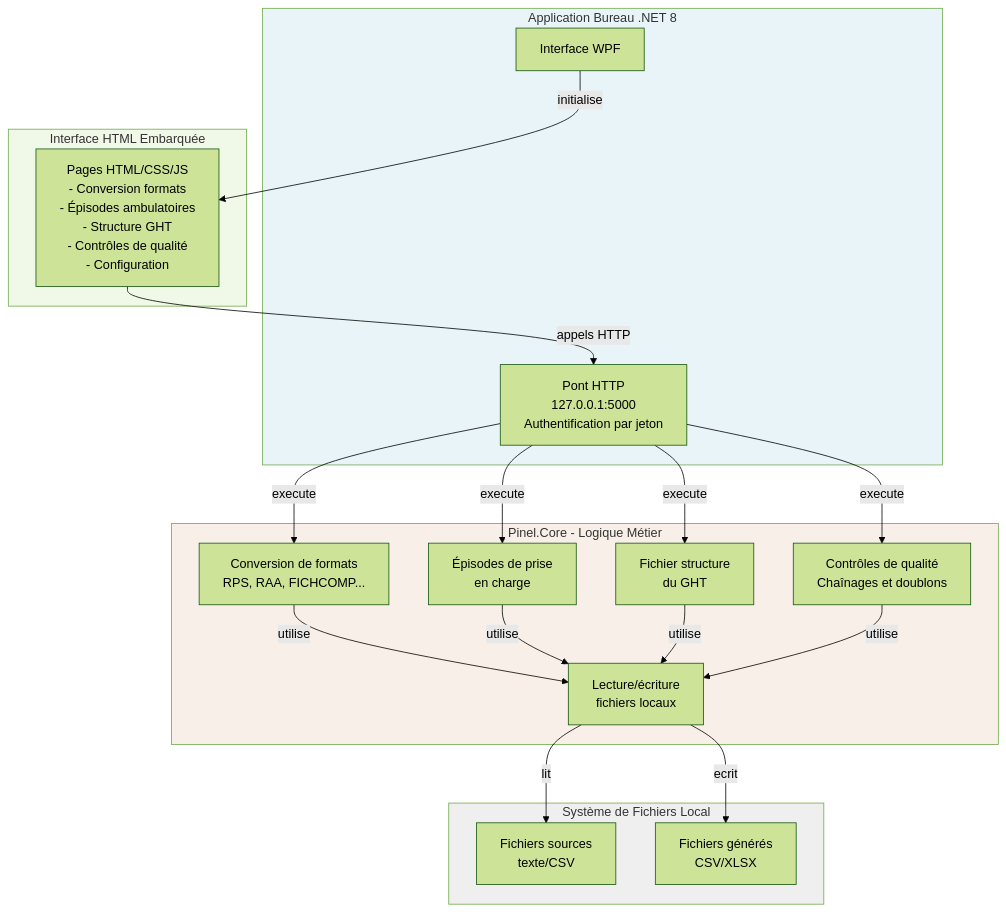
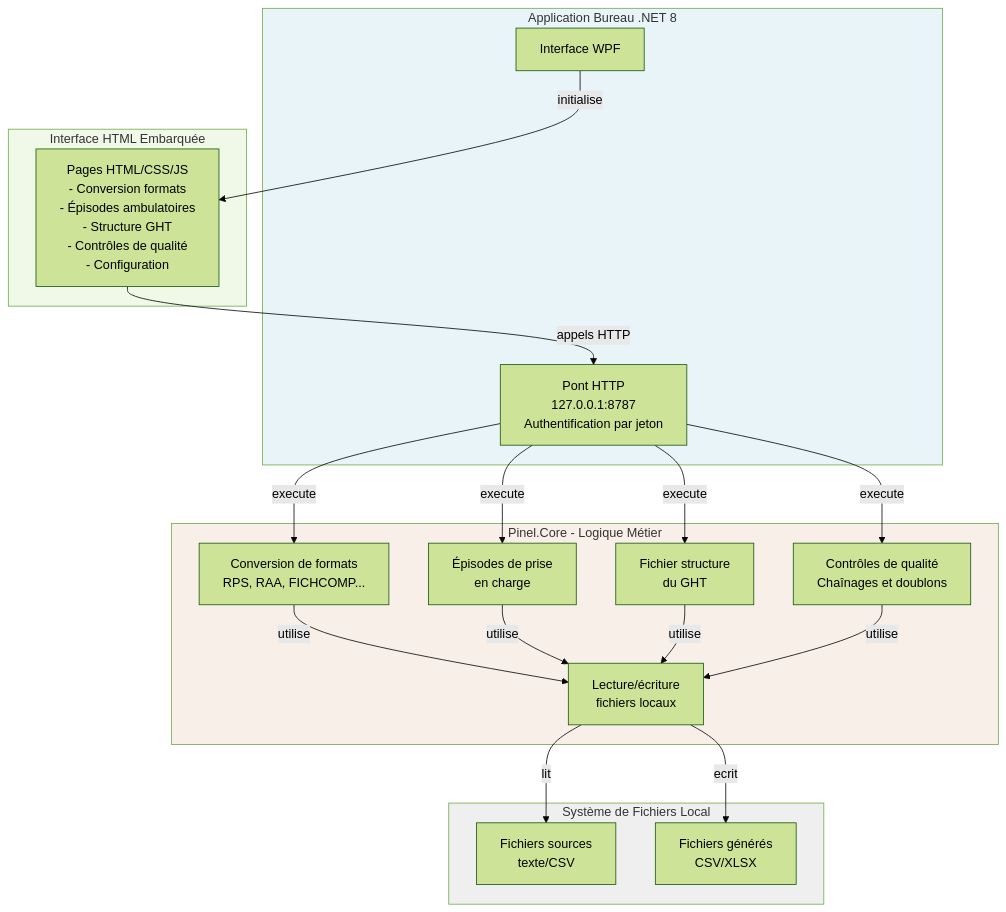
The diagram in README.md (Adam-Blf/Projet-Pinel), drawn with Mermaid (forest theme) before and after one commit. The commit also changed 65 other files, not shown here.

````diff
--- a/README.md
+++ b/README.md
@@ -13,42 +13,42 @@
 ```mermaid
 graph TB
     subgraph Desktop["Application Bureau .NET 8"]
         WPF["Interface WPF"]
-        Bridge["Pont HTTP<br/>127.0.0.1:5000<br/>Authentification par jeton"]
+        Bridge["Pont HTTP<br/>127.0.0.1:8787<br/>Authentification par jeton"]
     end
 
     subgraph Web["Interface HTML Embarquée"]
         UI["Pages HTML/CSS/JS<br/>- Conversion formats<br/>- Épisodes ambulatoires<br/>- Structure GHT<br/>- Contrôles de qualité<br/>- Configuration"]
     end
 
     subgraph Core["Pinel.Core - Logique Métier"]
         Format["Conversion de formats<br/>RPS, RAA, FICHCOMP..."]
         Episode["Épisodes de prise<br/>en charge"]
         Structure["Fichier structure<br/>du GHT"]
         Quality["Contrôles de qualité<br/>Chaînages et doublons"]
         IO["Lecture/écriture<br/>fichiers locaux"]
     end
 
     subgraph Local["Système de Fichiers Local"]
         Input["Fichiers sources<br/>texte/CSV"]
         Output["Fichiers générés<br/>CSV/XLSX"]
     end
 
     WPF -->|initialise| UI
     UI -->|appels HTTP| Bridge
     Bridge -->|execute| Format
     Bridge -->|execute| Episode
     Bridge -->|execute| Structure
     Bridge -->|execute| Quality
     Format -->|utilise| IO
     Episode -->|utilise| IO
     Structure -->|utilise| IO
     Quality -->|utilise| IO
     IO -->|lit| Input
     IO -->|ecrit| Output
 
     style Desktop fill:#e8f4f8
     style Web fill:#f0f8e8
     style Core fill:#f8f0e8
     style Local fill:#efefef
 ```
````
